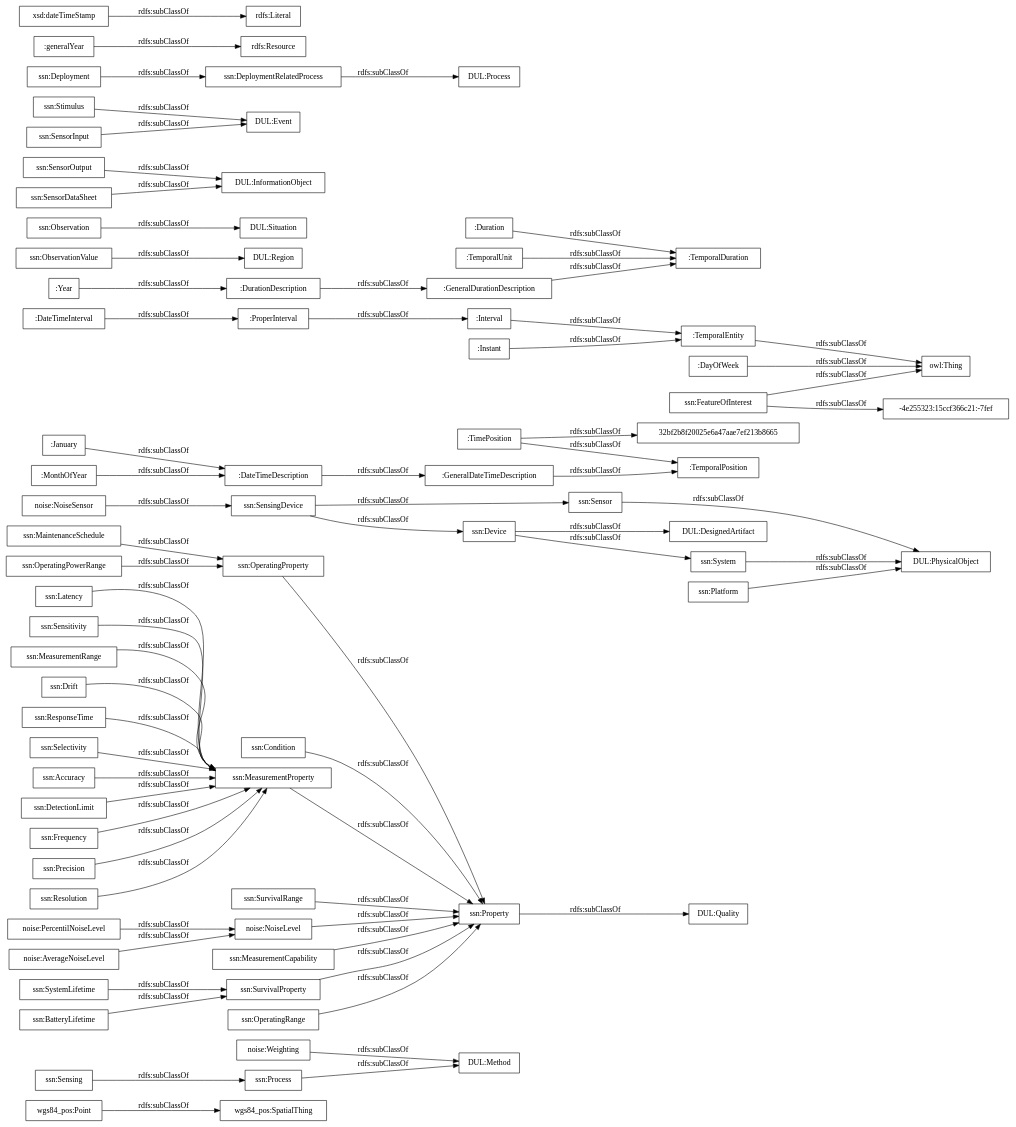
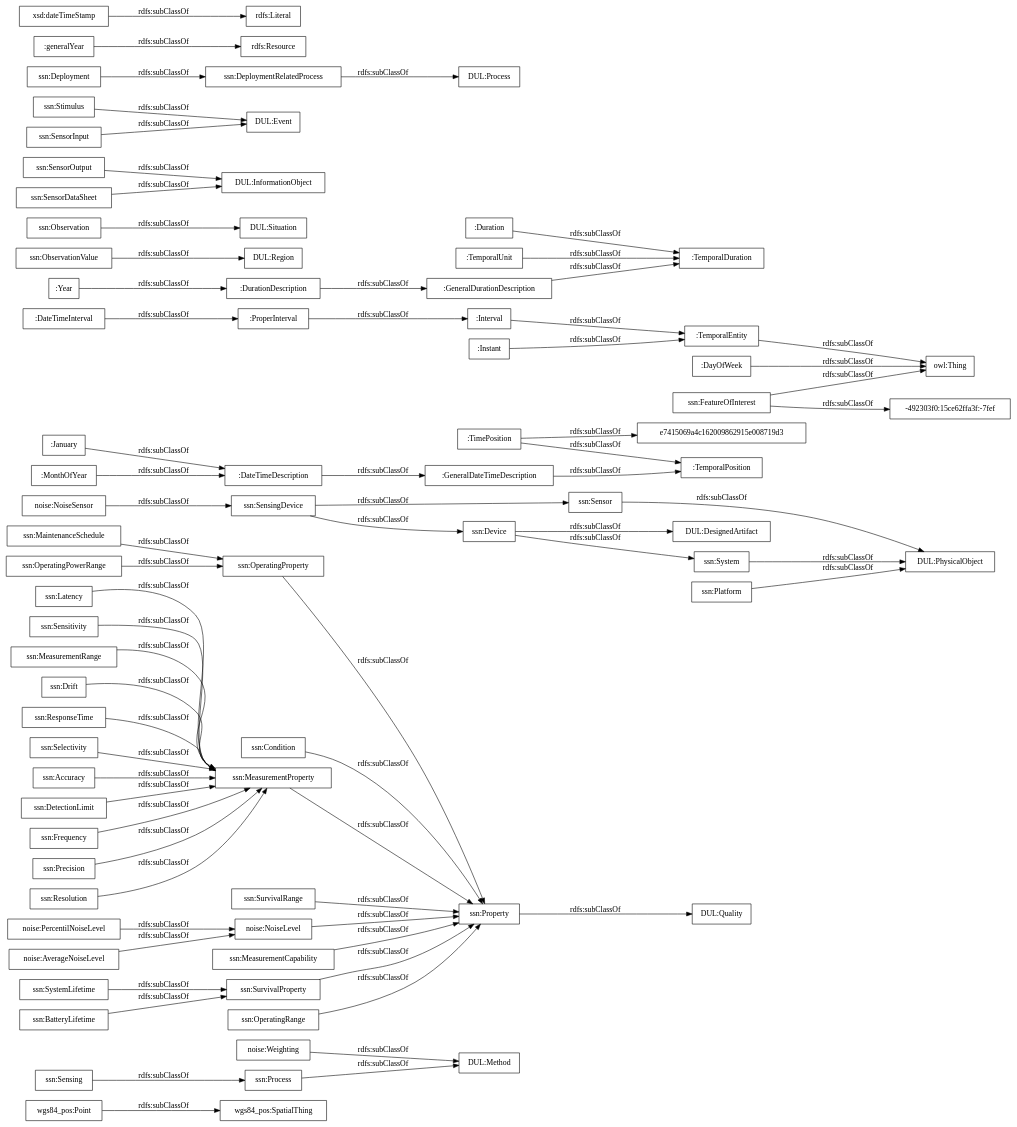
Before and after one commit to opencitydata/vocab-medio-ambiente-contaminacion-acustica: the diagram in OnToology/contaminacion-acustica.owl/diagrams/ar2dtool-taxonomy/contaminacion-acustica.owl.png.dot, drawn with Graphviz. The commit also changed 10 other files, not shown here.

```diff
--- a/OnToology/contaminacion-acustica.owl/diagrams/ar2dtool-taxonomy/contaminacion-acustica.owl.png.dot
+++ b/OnToology/contaminacion-acustica.owl/diagrams/ar2dtool-taxonomy/contaminacion-acustica.owl.png.dot
@@ -1,73 +1,73 @@
 digraph ar2dtool_diagram { 
 rankdir=LR;
 size="1000"
-node [shape = rectangle, color="black"]; "wgs84_pos:SpatialThing" "wgs84_pos:Point" "noise:Weighting" "noise:PercentilNoiseLevel" "noise:NoiseSensor" "noise:NoiseLevel" "noise:AverageNoiseLevel" ":GeneralDateTimeDescription" ":DateTimeInterval" ":DurationDescription" ":TemporalDuration" ":Duration" ":GeneralDurationDescription" ":January" ":ProperInterval" ":TimePosition" ":TemporalPosition" ":Interval" ":TemporalEntity" ":Year" ":MonthOfYear" ":DateTimeDescription" "32bf2b8f20025e6a47aae7ef213b8665" ":TemporalUnit" ":Instant" ":DayOfWeek" "ssn:Accuracy" "ssn:DetectionLimit" "ssn:Frequency" "ssn:Condition" "DUL:Region" "DUL:Situation" "DUL:PhysicalObject" "ssn:SensorOutput" "ssn:Precision" "ssn:Resolution" "DUL:Quality" "ssn:FeatureOfInterest" "ssn:Sensor" "DUL:InformationObject" "ssn:OperatingProperty" "DUL:Event" "ssn:OperatingPowerRange" "DUL:Method" "ssn:MaintenanceSchedule" "ssn:Sensing" "ssn:Latency" "ssn:SurvivalRange" "ssn:SensingDevice" "DUL:DesignedArtifact" "ssn:Sensitivity" "ssn:Stimulus" "DUL:Process" "ssn:MeasurementRange" "ssn:System" "ssn:SystemLifetime" "ssn:Property" "ssn:MeasurementProperty" "ssn:Process" "ssn:Deployment" "ssn:MeasurementCapability" "ssn:BatteryLifetime" "ssn:Drift" "ssn:DeploymentRelatedProcess" "ssn:SensorInput" "ssn:ResponseTime" "ssn:ObservationValue" "ssn:SensorDataSheet" "ssn:Observation" "ssn:Selectivity" "ssn:SurvivalProperty" "ssn:Device" "ssn:OperatingRange" "-4e255323:15ccf366c21:-7fef" "ssn:Platform" ; /*classes style*/
+node [shape = rectangle, color="black"]; "wgs84_pos:SpatialThing" "wgs84_pos:Point" "noise:Weighting" "noise:PercentilNoiseLevel" "noise:NoiseSensor" "noise:NoiseLevel" "noise:AverageNoiseLevel" ":GeneralDateTimeDescription" ":DateTimeInterval" ":DurationDescription" ":TemporalDuration" ":Duration" ":GeneralDurationDescription" ":January" ":ProperInterval" "e7415069a4c162009862915e008719d3" ":TimePosition" ":TemporalPosition" ":Interval" ":TemporalEntity" ":Year" ":MonthOfYear" ":DateTimeDescription" ":TemporalUnit" ":Instant" ":DayOfWeek" "ssn:Accuracy" "ssn:DetectionLimit" "ssn:Frequency" "ssn:Condition" "DUL:Region" "DUL:Situation" "DUL:PhysicalObject" "ssn:SensorOutput" "ssn:Precision" "ssn:Resolution" "DUL:Quality" "ssn:FeatureOfInterest" "ssn:Sensor" "DUL:InformationObject" "ssn:OperatingProperty" "DUL:Event" "ssn:OperatingPowerRange" "DUL:Method" "ssn:MaintenanceSchedule" "ssn:Sensing" "ssn:Latency" "ssn:SurvivalRange" "ssn:SensingDevice" "DUL:DesignedArtifact" "ssn:Sensitivity" "ssn:Stimulus" "DUL:Process" "ssn:MeasurementRange" "ssn:System" "ssn:SystemLifetime" "ssn:Property" "ssn:MeasurementProperty" "ssn:Process" "ssn:Deployment" "ssn:MeasurementCapability" "ssn:BatteryLifetime" "ssn:Drift" "-492303f0:15ce62ffa3f:-7fef" "ssn:DeploymentRelatedProcess" "ssn:SensorInput" "ssn:ResponseTime" "ssn:ObservationValue" "ssn:SensorDataSheet" "ssn:Observation" "ssn:Selectivity" "ssn:SurvivalProperty" "ssn:Device" "ssn:OperatingRange" "ssn:Platform" ; /*classes style*/
 	":DateTimeDescription" -> ":GeneralDateTimeDescription" [ label = "rdfs:subClassOf" ];
 	"noise:AverageNoiseLevel" -> "noise:NoiseLevel" [ label = "rdfs:subClassOf" ];
 	"ssn:Deployment" -> "ssn:DeploymentRelatedProcess" [ label = "rdfs:subClassOf" ];
 	"ssn:SensingDevice" -> "ssn:Sensor" [ label = "rdfs:subClassOf" ];
 	"ssn:SensingDevice" -> "ssn:Device" [ label = "rdfs:subClassOf" ];
 	"ssn:DeploymentRelatedProcess" -> "DUL:Process" [ label = "rdfs:subClassOf" ];
 	"ssn:Accuracy" -> "ssn:MeasurementProperty" [ label = "rdfs:subClassOf" ];
 	":Instant" -> ":TemporalEntity" [ label = "rdfs:subClassOf" ];
 	"ssn:FeatureOfInterest" -> "owl:Thing" [ label = "rdfs:subClassOf" ];
-	"ssn:FeatureOfInterest" -> "-4e255323:15ccf366c21:-7fef" [ label = "rdfs:subClassOf" ];
+	"ssn:FeatureOfInterest" -> "-492303f0:15ce62ffa3f:-7fef" [ label = "rdfs:subClassOf" ];
 	"ssn:Latency" -> "ssn:MeasurementProperty" [ label = "rdfs:subClassOf" ];
 	"ssn:Process" -> "DUL:Method" [ label = "rdfs:subClassOf" ];
 	"noise:Weighting" -> "DUL:Method" [ label = "rdfs:subClassOf" ];
 	":ProperInterval" -> ":Interval" [ label = "rdfs:subClassOf" ];
 	"ssn:Property" -> "DUL:Quality" [ label = "rdfs:subClassOf" ];
 	"ssn:MeasurementProperty" -> "ssn:Property" [ label = "rdfs:subClassOf" ];
 	"wgs84_pos:Point" -> "wgs84_pos:SpatialThing" [ label = "rdfs:subClassOf" ];
 	":MonthOfYear" -> ":DateTimeDescription" [ label = "rdfs:subClassOf" ];
 	"ssn:ResponseTime" -> "ssn:MeasurementProperty" [ label = "rdfs:subClassOf" ];
 	"ssn:OperatingRange" -> "ssn:Property" [ label = "rdfs:subClassOf" ];
 	"noise:NoiseLevel" -> "ssn:Property" [ label = "rdfs:subClassOf" ];
 	"ssn:MeasurementRange" -> "ssn:MeasurementProperty" [ label = "rdfs:subClassOf" ];
 	"ssn:Stimulus" -> "DUL:Event" [ label = "rdfs:subClassOf" ];
 	":Duration" -> ":TemporalDuration" [ label = "rdfs:subClassOf" ];
 	"ssn:SurvivalProperty" -> "ssn:Property" [ label = "rdfs:subClassOf" ];
 	"ssn:MaintenanceSchedule" -> "ssn:OperatingProperty" [ label = "rdfs:subClassOf" ];
 	"ssn:SensorInput" -> "DUL:Event" [ label = "rdfs:subClassOf" ];
-	":TimePosition" -> "32bf2b8f20025e6a47aae7ef213b8665" [ label = "rdfs:subClassOf" ];
+	":TimePosition" -> "e7415069a4c162009862915e008719d3" [ label = "rdfs:subClassOf" ];
 	":TimePosition" -> ":TemporalPosition" [ label = "rdfs:subClassOf" ];
 	":TemporalEntity" -> "owl:Thing" [ label = "rdfs:subClassOf" ];
 	"ssn:Sensitivity" -> "ssn:MeasurementProperty" [ label = "rdfs:subClassOf" ];
 	"ssn:Drift" -> "ssn:MeasurementProperty" [ label = "rdfs:subClassOf" ];
 	"ssn:System" -> "DUL:PhysicalObject" [ label = "rdfs:subClassOf" ];
 	":GeneralDurationDescription" -> ":TemporalDuration" [ label = "rdfs:subClassOf" ];
 	"ssn:Resolution" -> "ssn:MeasurementProperty" [ label = "rdfs:subClassOf" ];
 	"ssn:Precision" -> "ssn:MeasurementProperty" [ label = "rdfs:subClassOf" ];
 	"noise:PercentilNoiseLevel" -> "noise:NoiseLevel" [ label = "rdfs:subClassOf" ];
 	"ssn:DetectionLimit" -> "ssn:MeasurementProperty" [ label = "rdfs:subClassOf" ];
 	":DateTimeInterval" -> ":ProperInterval" [ label = "rdfs:subClassOf" ];
 	"ssn:Sensor" -> "DUL:PhysicalObject" [ label = "rdfs:subClassOf" ];
 	"ssn:SensorDataSheet" -> "DUL:InformationObject" [ label = "rdfs:subClassOf" ];
 	"ssn:OperatingPowerRange" -> "ssn:OperatingProperty" [ label = "rdfs:subClassOf" ];
 	"noise:NoiseSensor" -> "ssn:SensingDevice" [ label = "rdfs:subClassOf" ];
 	":Interval" -> ":TemporalEntity" [ label = "rdfs:subClassOf" ];
 	":GeneralDateTimeDescription" -> ":TemporalPosition" [ label = "rdfs:subClassOf" ];
 	":January" -> ":DateTimeDescription" [ label = "rdfs:subClassOf" ];
 	"ssn:ObservationValue" -> "DUL:Region" [ label = "rdfs:subClassOf" ];
 	":DayOfWeek" -> "owl:Thing" [ label = "rdfs:subClassOf" ];
 	"ssn:Device" -> "DUL:DesignedArtifact" [ label = "rdfs:subClassOf" ];
 	"ssn:Device" -> "ssn:System" [ label = "rdfs:subClassOf" ];
 	"ssn:Platform" -> "DUL:PhysicalObject" [ label = "rdfs:subClassOf" ];
 	":Year" -> ":DurationDescription" [ label = "rdfs:subClassOf" ];
 	":DurationDescription" -> ":GeneralDurationDescription" [ label = "rdfs:subClassOf" ];
 	"ssn:OperatingProperty" -> "ssn:Property" [ label = "rdfs:subClassOf" ];
 	":generalYear" -> "rdfs:Resource" [ label = "rdfs:subClassOf" ];
 	"ssn:Selectivity" -> "ssn:MeasurementProperty" [ label = "rdfs:subClassOf" ];
 	"ssn:BatteryLifetime" -> "ssn:SurvivalProperty" [ label = "rdfs:subClassOf" ];
 	":TemporalUnit" -> ":TemporalDuration" [ label = "rdfs:subClassOf" ];
 	"ssn:Observation" -> "DUL:Situation" [ label = "rdfs:subClassOf" ];
 	"ssn:Sensing" -> "ssn:Process" [ label = "rdfs:subClassOf" ];
 	"ssn:SystemLifetime" -> "ssn:SurvivalProperty" [ label = "rdfs:subClassOf" ];
 	"ssn:SurvivalRange" -> "ssn:Property" [ label = "rdfs:subClassOf" ];
 	"ssn:Frequency" -> "ssn:MeasurementProperty" [ label = "rdfs:subClassOf" ];
 	"ssn:SensorOutput" -> "DUL:InformationObject" [ label = "rdfs:subClassOf" ];
 	"ssn:Condition" -> "ssn:Property" [ label = "rdfs:subClassOf" ];
 	"xsd:dateTimeStamp" -> "rdfs:Literal" [ label = "rdfs:subClassOf" ];
 	"ssn:MeasurementCapability" -> "ssn:Property" [ label = "rdfs:subClassOf" ];
 
 }
```
